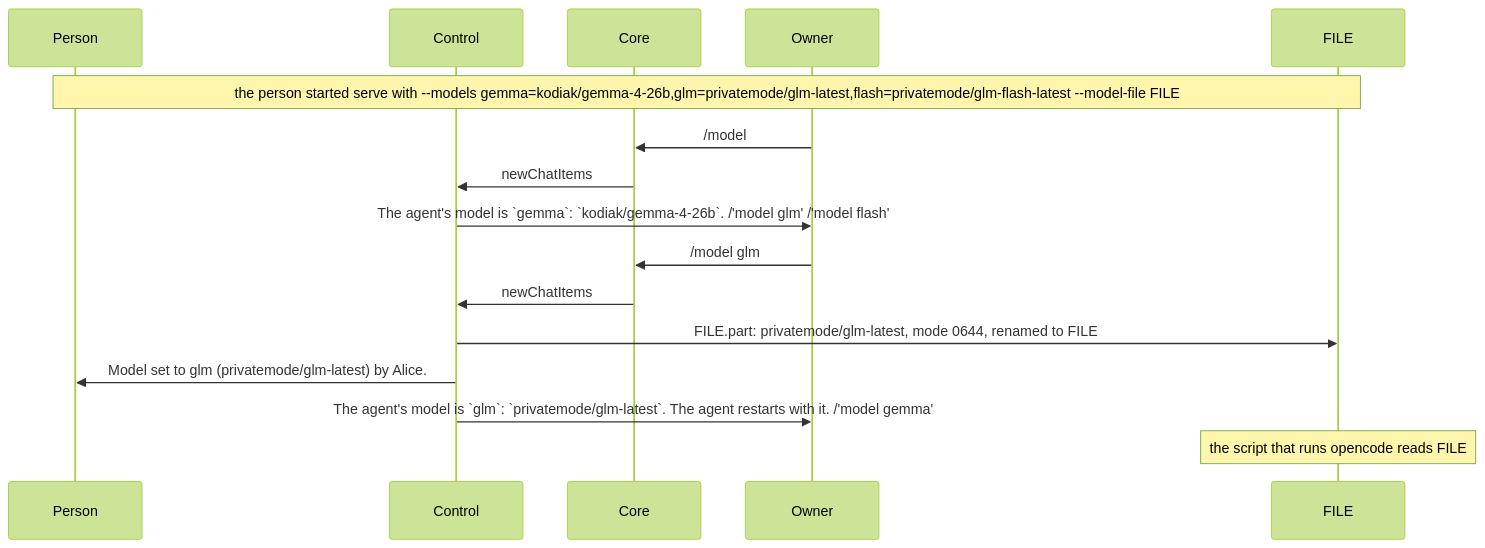
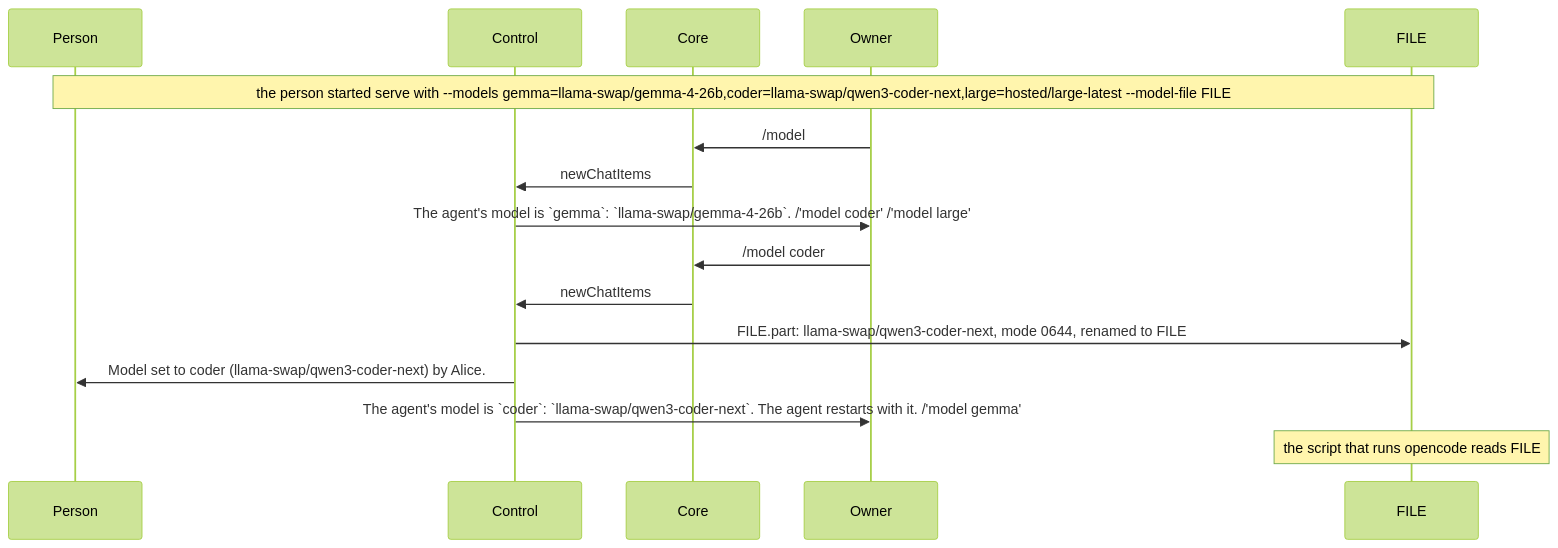
Before and after one commit to simplex-chat/simplex-chat: diagram 17 of 17 in packages/simplex-chat-mcp/spec/flows.md, drawn with Mermaid (forest theme). The commit also changed 8 other files, not shown here.

````diff
--- a/packages/simplex-chat-mcp/spec/flows.md
+++ b/packages/simplex-chat-mcp/spec/flows.md
@@ -732,18 +732,18 @@
 ```mermaid
 sequenceDiagram
   participant P as Person
   participant K as Control
   participant C as Core
   participant O as Owner
   participant F as FILE
-  Note over P,F: the person started serve with --models gemma=kodiak/gemma-4-26b,glm=privatemode/glm-latest,flash=privatemode/glm-flash-latest --model-file FILE
+  Note over P,F: the person started serve with --models gemma=llama-swap/gemma-4-26b,coder=llama-swap/qwen3-coder-next,large=hosted/large-latest --model-file FILE
   O->>C: /model
   C->>K: newChatItems
-  K->>O: The agent's model is `gemma`: `kodiak/gemma-4-26b`. /'model glm' /'model flash'
-  O->>C: /model glm
+  K->>O: The agent's model is `gemma`: `llama-swap/gemma-4-26b`. /'model coder' /'model large'
+  O->>C: /model coder
   C->>K: newChatItems
-  K->>F: FILE.part: privatemode/glm-latest, mode 0644, renamed to FILE
-  K->>P: Model set to glm (privatemode/glm-latest) by Alice.
-  K->>O: The agent's model is `glm`: `privatemode/glm-latest`. The agent restarts with it. /'model gemma'
+  K->>F: FILE.part: llama-swap/qwen3-coder-next, mode 0644, renamed to FILE
+  K->>P: Model set to coder (llama-swap/qwen3-coder-next) by Alice.
+  K->>O: The agent's model is `coder`: `llama-swap/qwen3-coder-next`. The agent restarts with it. /'model gemma'
   Note over F: the script that runs opencode reads FILE
 ```
````
